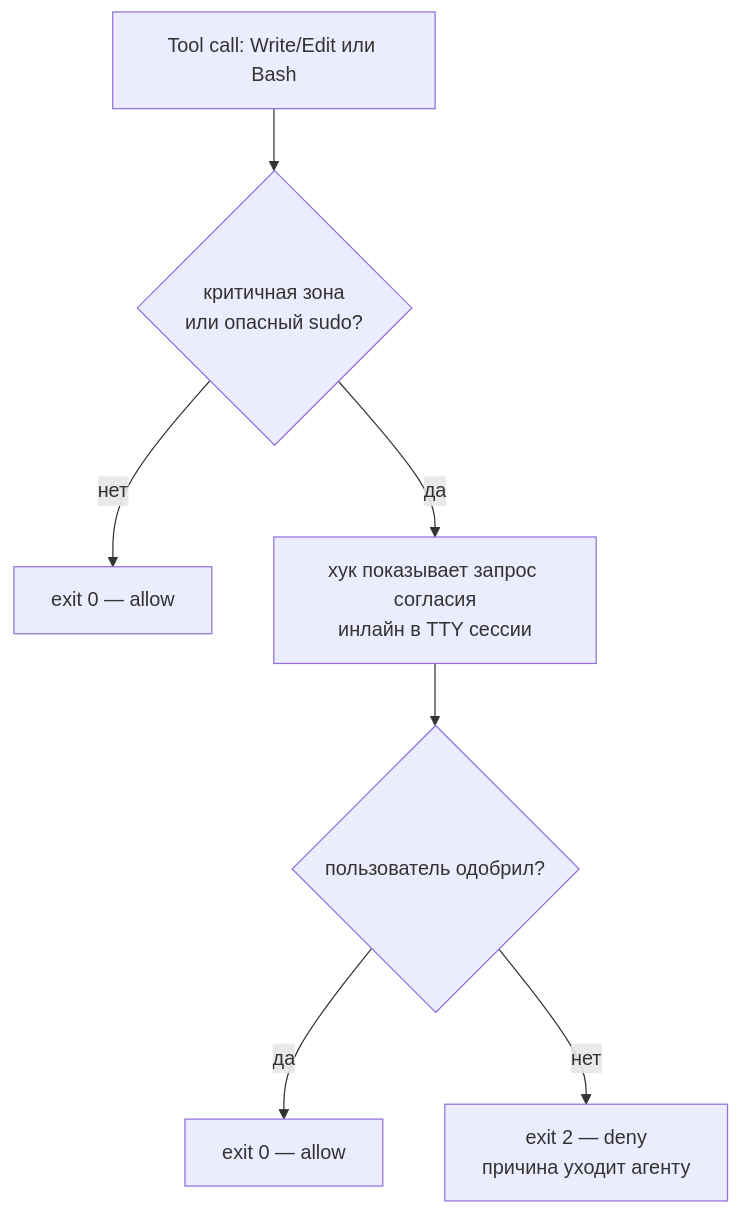
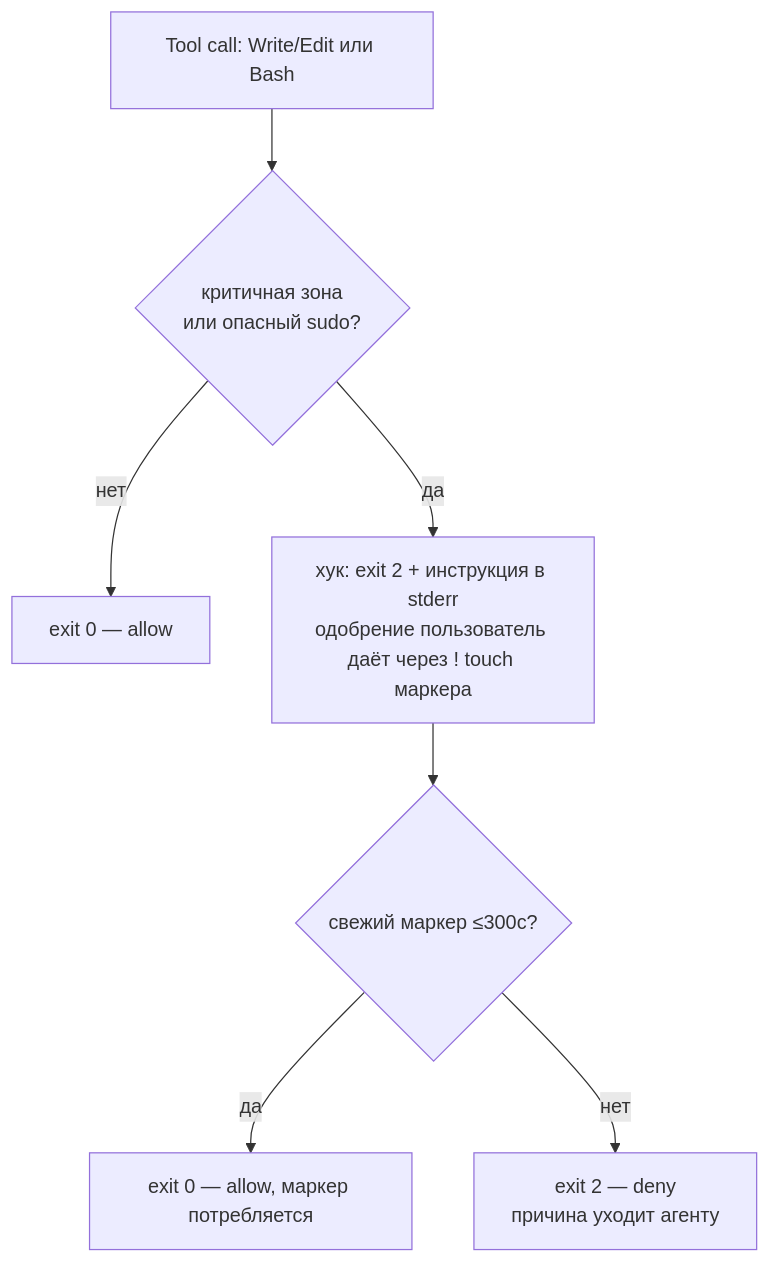
One commit to AlexShchuka/mirabilis changed the diagram in docs/CONSENT.md. Above: the diagram before and after it, drawn with Mermaid. The commit also changed other lines of this file and 20 other files, not shown here.

````diff
--- a/docs/CONSENT.md
+++ b/docs/CONSENT.md
@@ -36,9 +36,9 @@
 ```mermaid
 flowchart TD
   T[Tool call: Write/Edit или Bash] --> M{критичная зона\nили опасный sudo?}
   M -- нет --> A0[exit 0 — allow]
-  M -- да --> D[хук показывает запрос согласия\nинлайн в TTY сессии]
-  D --> Q{пользователь одобрил?}
-  Q -- да --> A1[exit 0 — allow]
+  M -- да --> D[хук: exit 2 + инструкция в stderr\nодобрение пользователь даёт через ! touch маркера]
+  D --> Q{свежий маркер ≤300с?}
+  Q -- да --> A1[exit 0 — allow, маркер потребляется]
   Q -- нет --> A2[exit 2 — deny\nпричина уходит агенту]
 ```
````
